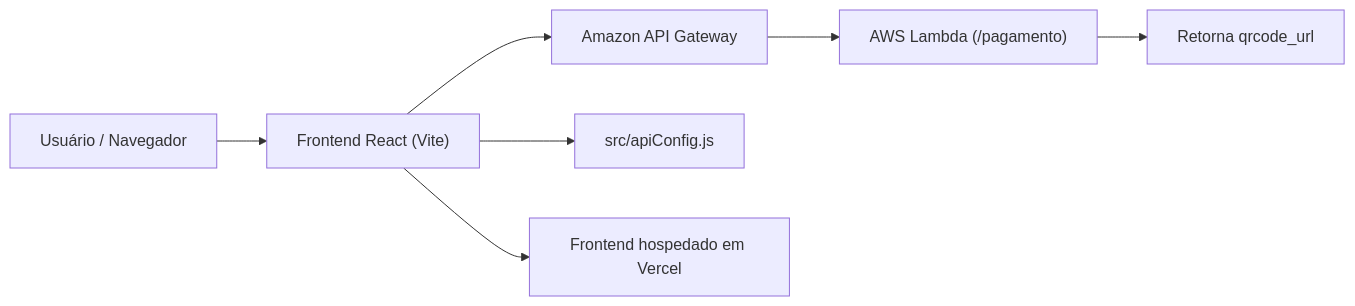
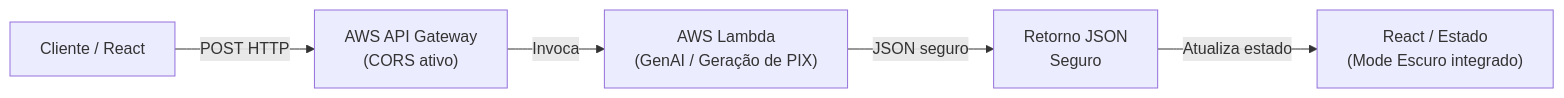
Before and after one commit to PMathsP/cardapio-bandeijao: the diagram in DOC_SISTEMAS_DISTRIBUIDOS.md, drawn with Mermaid. The commit also changed other lines of this file and 10 other files, not shown here.

````diff
--- a/DOC_SISTEMAS_DISTRIBUIDOS.md
+++ b/DOC_SISTEMAS_DISTRIBUIDOS.md
@@ -18,9 +54,7 @@
 ```mermaid
-graph LR
-  Browser["Usuário / Navegador"] --> ReactApp["Frontend React (Vite)"]
-  ReactApp --> APIGW["Amazon API Gateway"]
-  APIGW --> Lambda["AWS Lambda (/pagamento)"]
-  Lambda --> QR["Retorna qrcode_url"]
-  ReactApp --> ApiConfig["src/apiConfig.js"]
-  ReactApp --> Vercel["Frontend hospedado em Vercel"]
+flowchart LR
+  Cliente["Cliente / React"] -->|POST HTTP| APIGateway["AWS API Gateway\n(CORS ativo)"]
+  APIGateway -->|Invoca| Lambda["AWS Lambda\n(GenAI / Geração de PIX)"]
+  Lambda -->|JSON seguro| Resposta["Retorno JSON\nSeguro"]
+  Resposta -->|Atualiza estado| ReactState["React / Estado\n(Mode Escuro integrado)"]
 ```
````
